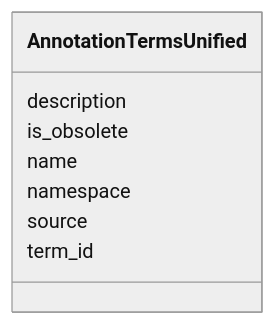
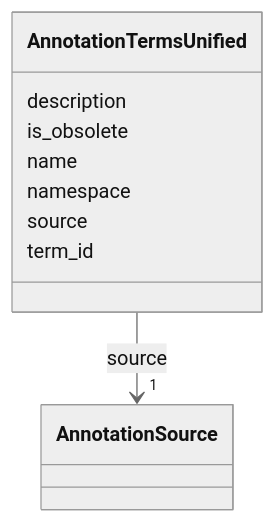
One commit to cmungall/bridge-schemas changed the diagram in docs/kbase/nmdc_core/AnnotationTermsUnified.md. Above: the diagram before and after it, drawn with Mermaid (neutral theme). The commit also changed other lines of this file and 1727 other files, not shown here.

````diff
--- a/docs/kbase/nmdc_core/AnnotationTermsUnified.md
+++ b/docs/kbase/nmdc_core/AnnotationTermsUnified.md
@@ -18,18 +24,27 @@
 ```mermaid
  classDiagram
     class AnnotationTermsUnified
     click AnnotationTermsUnified href "../AnnotationTermsUnified/"
       AnnotationTermsUnified : description
         
       AnnotationTermsUnified : is_obsolete
         
       AnnotationTermsUnified : name
         
       AnnotationTermsUnified : namespace
         
       AnnotationTermsUnified : source
         
+          
+    
+        
+        
+        AnnotationTermsUnified --> "1" AnnotationSource : source
+        click AnnotationSource href "../AnnotationSource/"
+    
+
+        
       AnnotationTermsUnified : term_id
         
       
 ```
````
